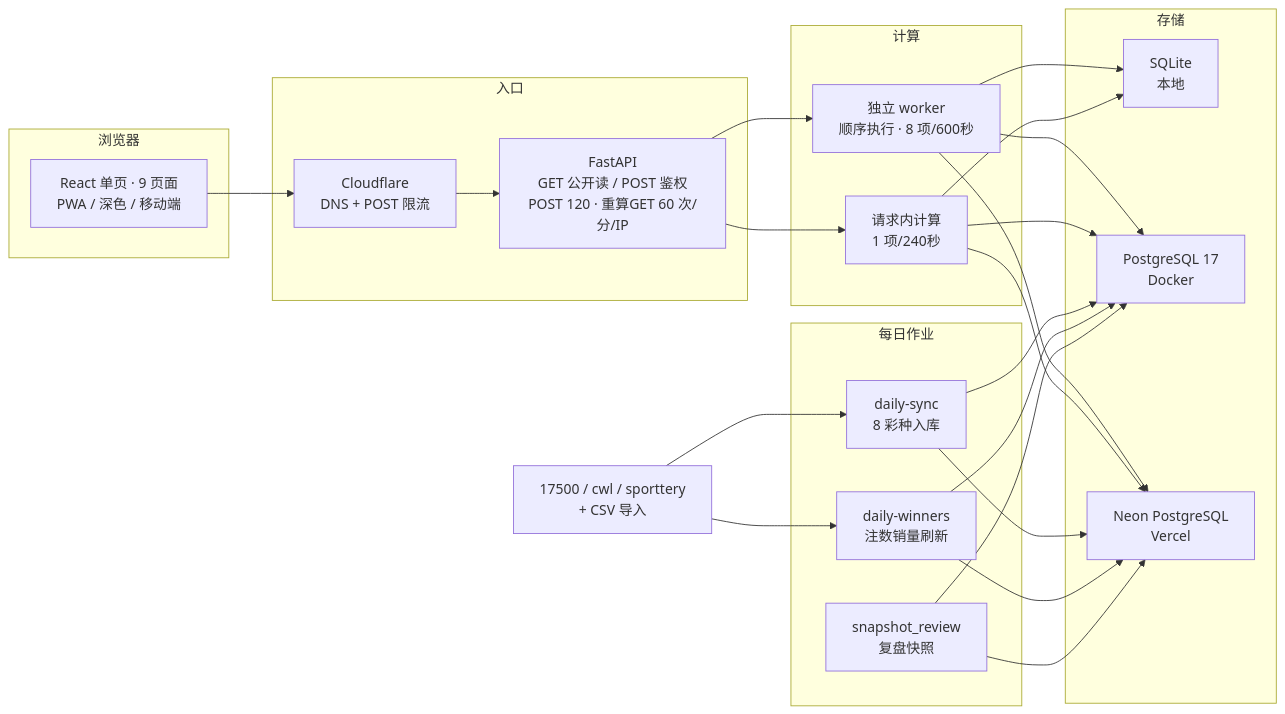
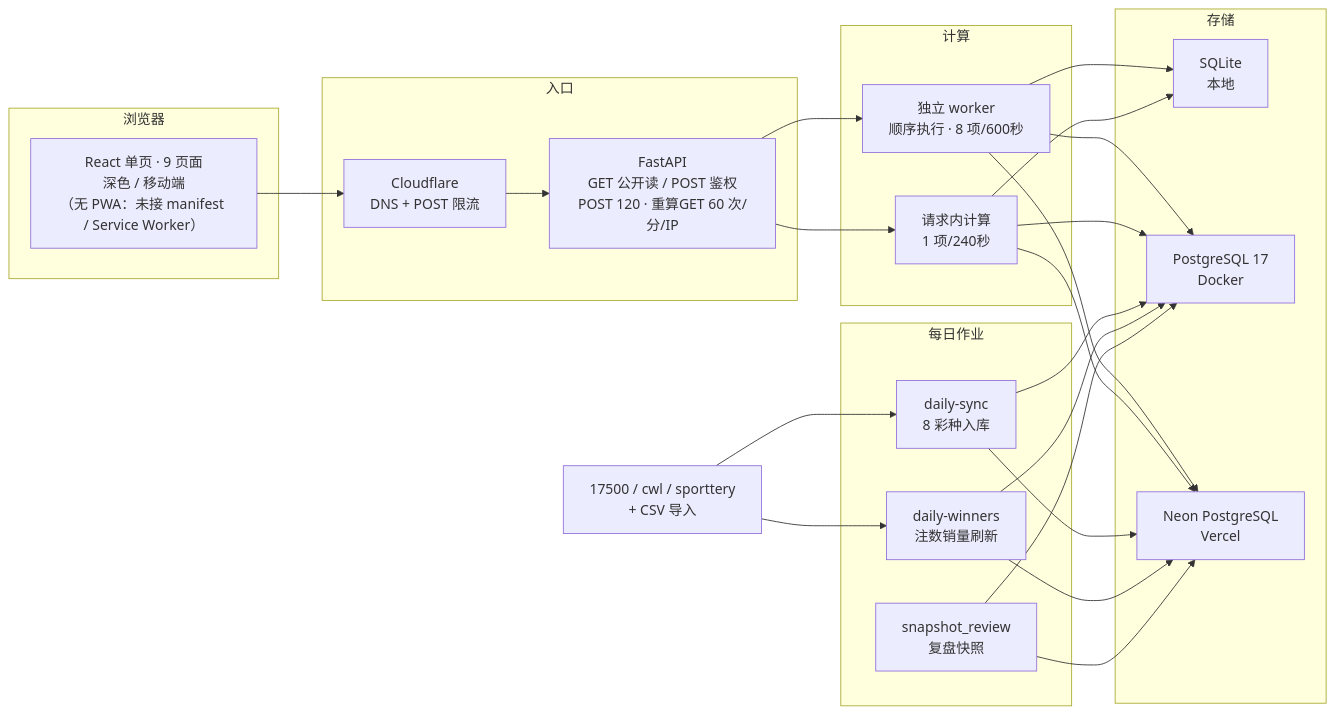
Before and after one commit to LeilaoMi/LottoLab: the diagram in README.md, drawn with Mermaid. The commit also changed other lines of this file and 11 other files, not shown here.

````diff
--- a/README.md
+++ b/README.md
@@ -84,29 +96,29 @@
 ```mermaid
 flowchart LR
   subgraph Client["浏览器"]
-    UI["React 单页 · 9 页面<br/>PWA / 深色 / 移动端"]
+    UI["React 单页 · 9 页面<br/>深色 / 移动端<br/>（无 PWA：未接 manifest / Service Worker）"]
   end
   subgraph Edge["入口"]
     CF["Cloudflare<br/>DNS + POST 限流"]
     API["FastAPI<br/>GET 公开读 / POST 鉴权<br/>POST 120 · 重算GET 60 次/分/IP"]
   end
   subgraph Compute["计算"]
     W["独立 worker<br/>顺序执行 · 8 项/600秒"]
     R["请求内计算<br/>1 项/240秒"]
   end
   subgraph Store["存储"]
     L["SQLite<br/>本地"]
     P["PostgreSQL 17<br/>Docker"]
     N["Neon PostgreSQL<br/>Vercel"]
   end
   subgraph Jobs["每日作业"]
     S["daily-sync<br/>8 彩种入库"]
     WN["daily-winners<br/>注数销量刷新"]
     RV["snapshot_review<br/>复盘快照"]
   end
   UP["17500 / cwl / sporttery<br/>+ CSV 导入"] --> S & WN
   UI --> CF --> API
   API --> W & R
   W & R --> L & P & N
   S & WN & RV --> P & N
 ```
````
